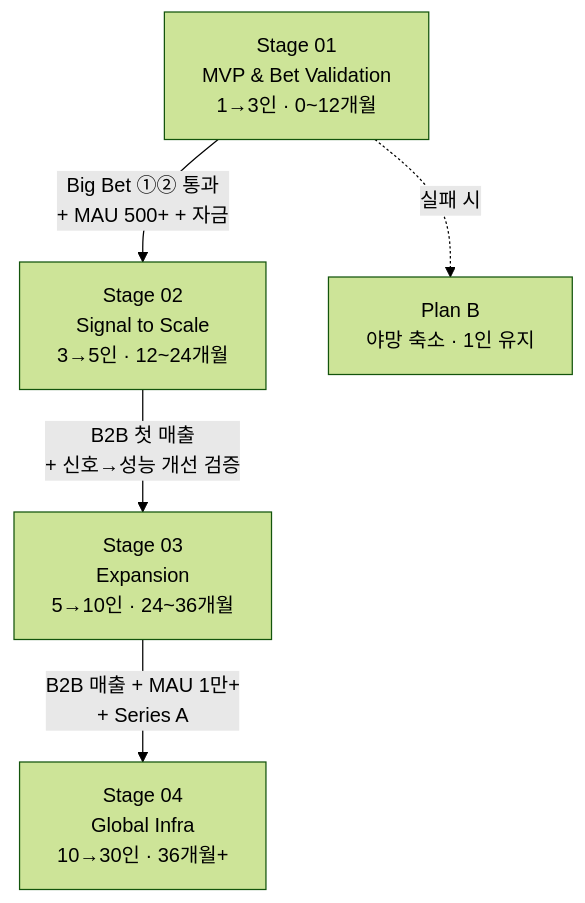
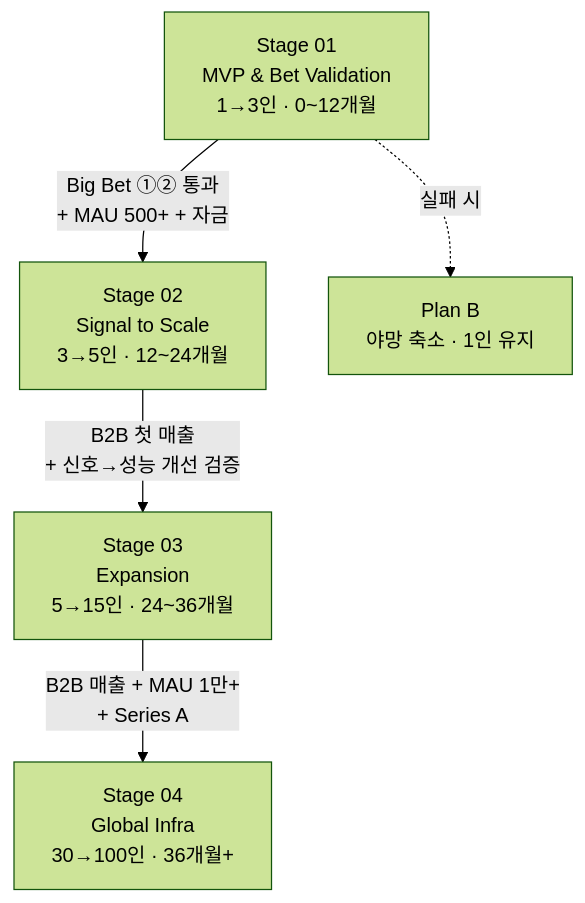
The diagram in README.md (R3DTOMATO/Naum), drawn with Mermaid (forest theme) before and after one commit.

Commit message:
README 수정

````diff
--- a/README.md
+++ b/README.md
@@ -276,13 +276,13 @@
 ```mermaid
 flowchart TD
     S1["Stage 01<br/>MVP & Bet Validation<br/>1→3인 · 0~12개월"]
     S2["Stage 02<br/>Signal to Scale<br/>3→5인 · 12~24개월"]
-    S3["Stage 03<br/>Expansion<br/>5→10인 · 24~36개월"]
-    S4["Stage 04<br/>Global Infra<br/>10→30인 · 36개월+"]
+    S3["Stage 03<br/>Expansion<br/>5→15인 · 24~36개월"]
+    S4["Stage 04<br/>Global Infra<br/>30→100인 · 36개월+"]
 
     S1 -->|"Big Bet ①② 통과<br/>+ MAU 500+ + 자금"| S2
     S2 -->|"B2B 첫 매출<br/>+ 신호→성능 개선 검증"| S3
     S3 -->|"B2B 매출 + MAU 1만+<br/>+ Series A"| S4
 
     S1 -.->|"실패 시"| PB["Plan B<br/>야망 축소 · 1인 유지"]
 ```
````
